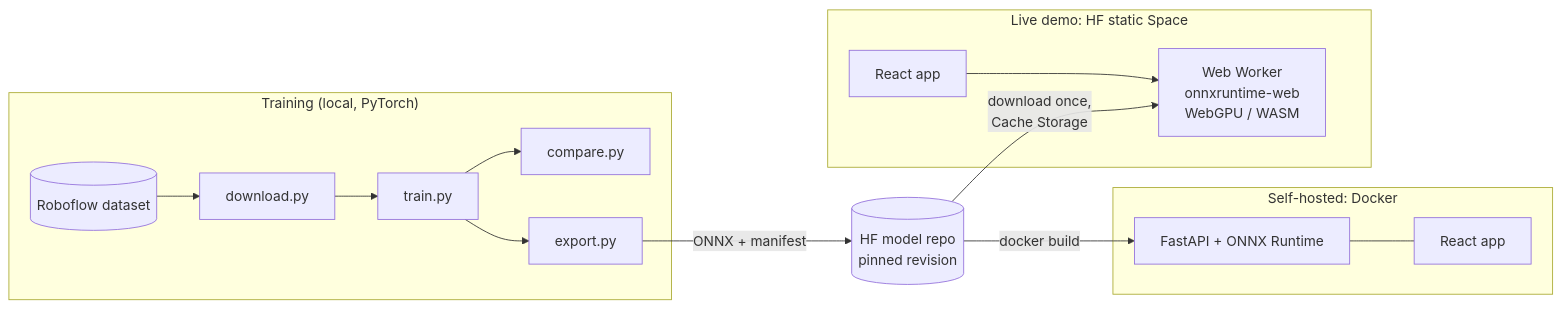
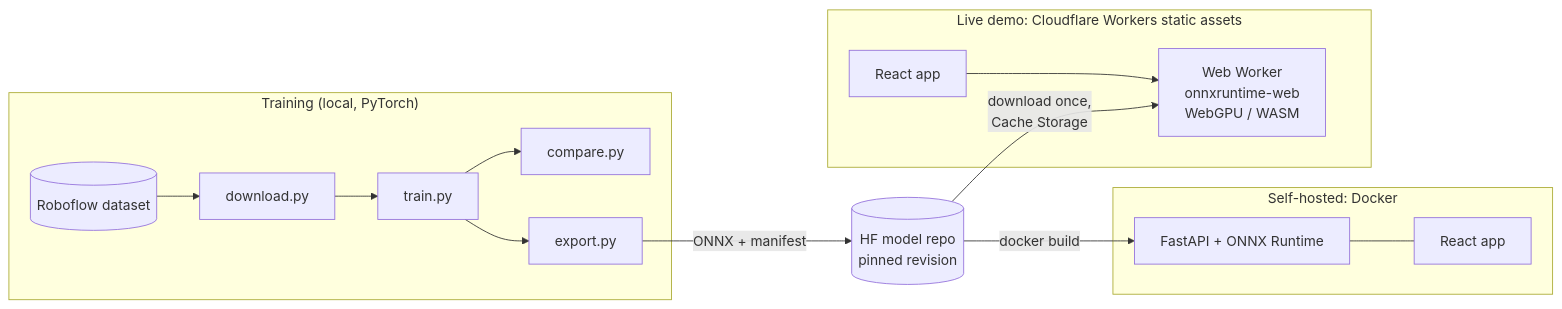
One commit to flupxscop/gem-defect-detection changed the diagram in README.md. Above: the diagram before and after it, drawn with Mermaid. The commit also changed other lines of this file and 12 other files, not shown here.

First line of the commit message:
Deploy the web app to Cloudflare Workers

````diff
--- a/README.md
+++ b/README.md
@@ -78,16 +79,16 @@
 ```mermaid
 flowchart LR
     subgraph Training ["Training (local, PyTorch)"]
         RF[(Roboflow dataset)] --> DL[download.py] --> TR[train.py] --> EV[compare.py]
         TR --> EX[export.py]
     end
     EX -- ONNX + manifest --> HUB[(HF model repo<br/>pinned revision)]
-    subgraph Live ["Live demo: HF static Space"]
+    subgraph Live ["Live demo: Cloudflare Workers static assets"]
         WEB[React app] --> WK[Web Worker<br/>onnxruntime-web<br/>WebGPU / WASM]
     end
     HUB -- "download once,<br/>Cache Storage" --> WK
     subgraph Self ["Self-hosted: Docker"]
         API[FastAPI + ONNX Runtime] --- WEB2[React app]
     end
     HUB -- docker build --> API
 ```
````
